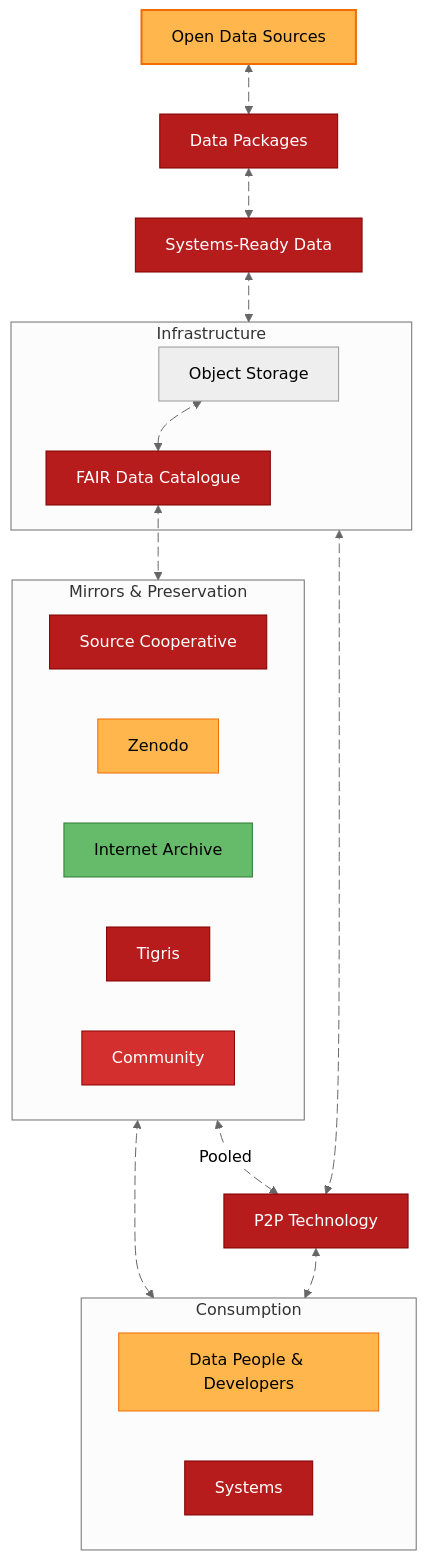
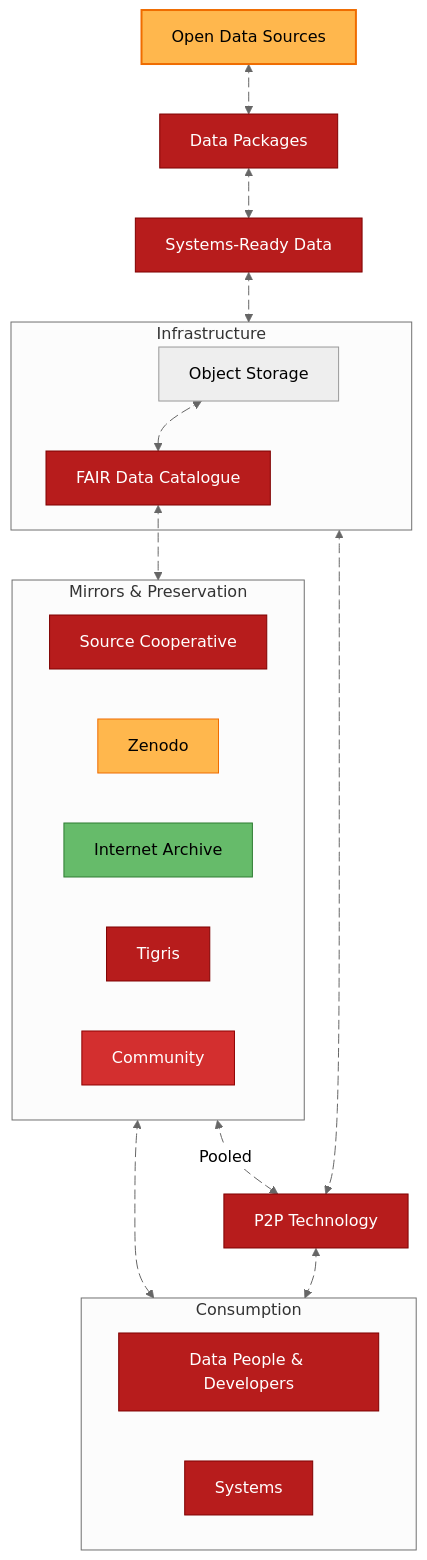
One commit to dataforcanada/www.dataforcanada.org changed the first of 2 diagrams in content/docs/d4c-infra-distribution/_index.md. Above: the diagram before and after it, drawn with Mermaid (neutral theme). The commit also changed other lines of this file, not shown here.

Commit message:
Made changes

```diff
--- a/content/docs/d4c-infra-distribution/_index.md
+++ b/content/docs/d4c-infra-distribution/_index.md
@@ -81,13 +81,14 @@
     style Community fill:#D32F2F,stroke:#8E0000,color:#FFFFFF
     style P2P fill:#B71C1C,stroke:#7F0000,color:#FFFFFF
     style InternetArchive fill:#66BB6A,stroke:#2E7D32,color:#000000
-    style Users fill:#FFB74D,stroke:#EF6C00,color:#000000
+    style Users fill:#B71C1C,stroke:#7F0000,color:#FFFFFF
     style Systems fill:#B71C1C,stroke:#7F0000,color:#FFFFFF
     
     %% Click Actions
+	click P2P "https://tixati.com/specs/bittorrent" _blank
     click Tigris "https://www.tigrisdata.com/docs/overview/" _blank
     click Sources "https://www.dataforcanada.org/#high-level-overview" _blank
-    click Processes "https://www.dataforcanada.org/docs/processes/" _blank
+    click Processes "https://www.dataforcanada.org/docs/d4c-pkgs/" _blank
     click Artifacts "https://www.dataforcanada.org/docs/getting_started/" _blank
     click Metadata "https://stac-utils.github.io/stac-geoparquet/latest/spec/stac-geoparquet-spec/" _blank
     click Zenodo "https://zenodo.org/communities/dataforcanada/" _blank
```
